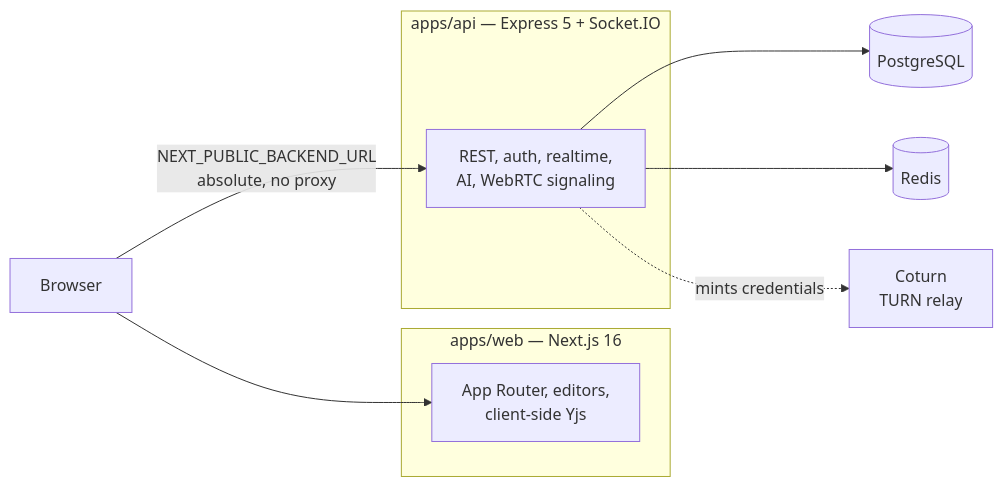
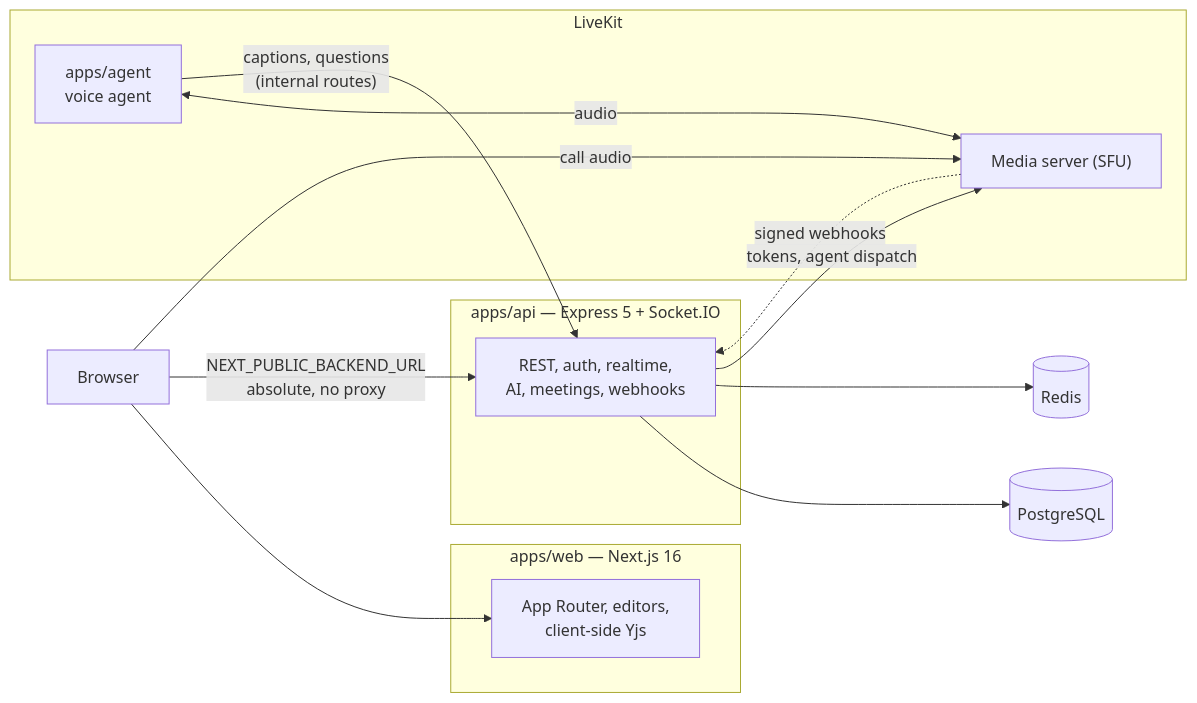
One commit to tejasnasa/nimbus changed the diagram in README.md. Above: the diagram before and after it, drawn with Mermaid. The commit also changed other lines of this file and 52 other files, not shown here.

````diff
--- a/README.md
+++ b/README.md
@@ -244,22 +230,30 @@
 ```mermaid
 graph LR
     B["Browser"]
 
     subgraph W["apps/web — Next.js 16"]
         UI["App Router, editors,<br/>client-side Yjs"]
     end
 
     subgraph A["apps/api — Express 5 + Socket.IO"]
-        API["REST, auth, realtime,<br/>AI, WebRTC signaling"]
+        API["REST, auth, realtime,<br/>AI, meetings, webhooks"]
+    end
+
+    subgraph L["LiveKit"]
+        SFU["Media server (SFU)"]
+        AG["apps/agent<br/>voice agent"]
     end
 
     PG[("PostgreSQL")]
     R[("Redis")]
-    COT["Coturn<br/>TURN relay"]
 
     B --> UI
     B -->|"NEXT_PUBLIC_BACKEND_URL<br/>absolute, no proxy"| API
+    B -->|"call audio"| SFU
     API --> PG
     API --> R
-    API -.->|"mints credentials"| COT
+    API -->|"tokens, agent dispatch"| SFU
+    SFU -.->|"signed webhooks"| API
+    AG <-->|"audio"| SFU
+    AG -->|"captions, questions<br/>(internal routes)"| API
 ```
````
